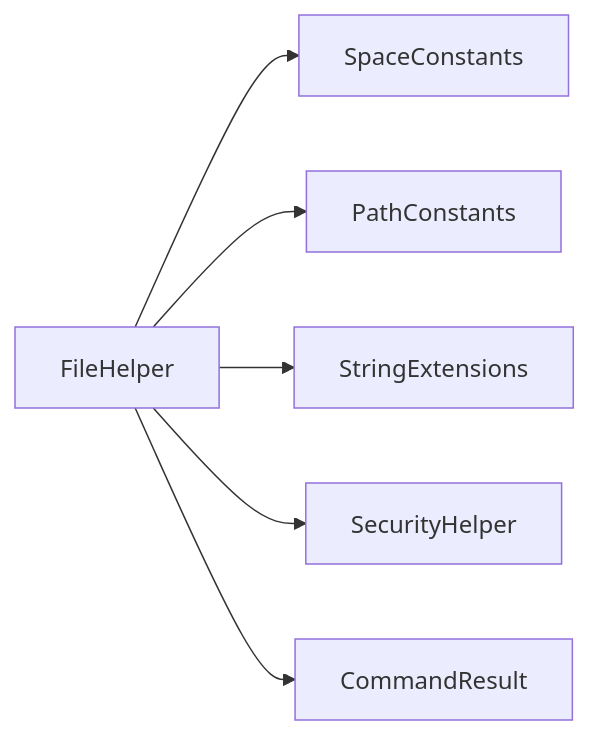
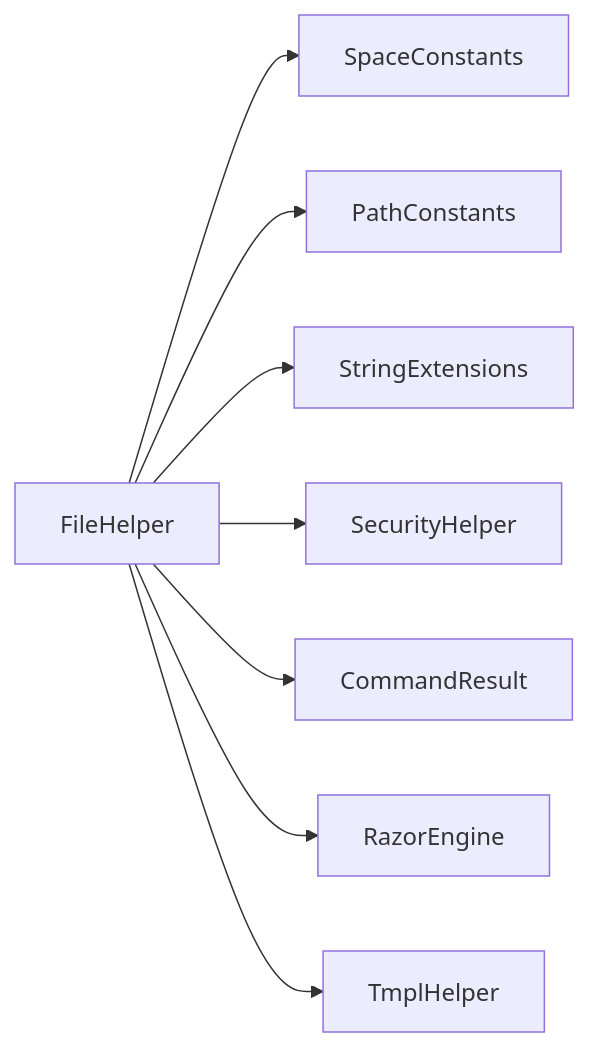
The seventh of 7 diagrams in .qoder/repowiki/zh/content/项目概述/核心特性/工具库系统/文件操作工具/文件操作工具.md (Sosososolong/AirGo), drawn with Mermaid before and after one commit. The commit also changed other lines of this file and 3 other files, not shown here.

````diff
--- a/.qoder/repowiki/zh/content/项目概述/核心特性/工具库系统/文件操作工具/文件操作工具.md
+++ b/.qoder/repowiki/zh/content/项目概述/核心特性/工具库系统/文件操作工具/文件操作工具.md
@@ -269,8 +394,10 @@
 ```mermaid
 graph LR
 FH["FileHelper"] --> SC["SpaceConstants"]
 FH --> PC["PathConstants"]
 FH --> SE["StringExtensions"]
 FH --> SH["SecurityHelper"]
 FH --> CR["CommandResult"]
+FH --> RE["RazorEngine"]
+FH --> TH["TmplHelper"]
 ```
````
